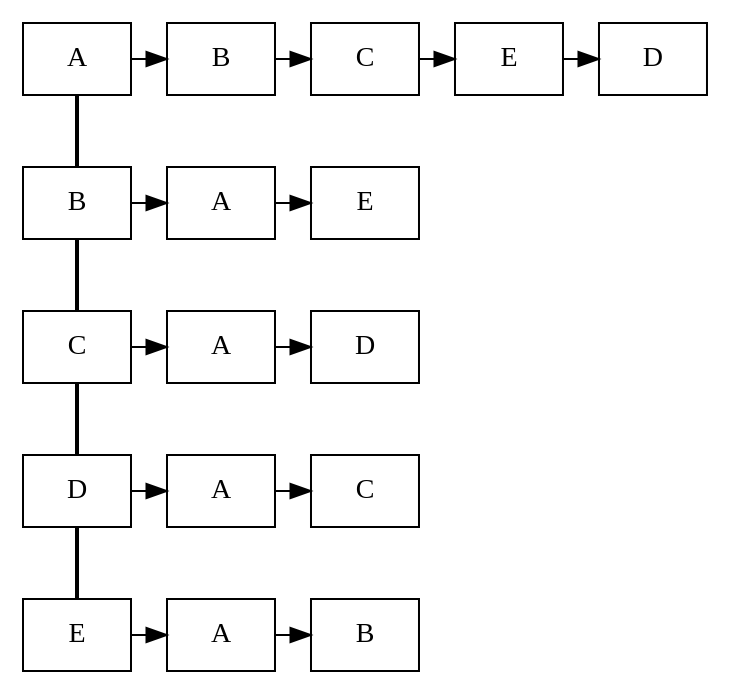
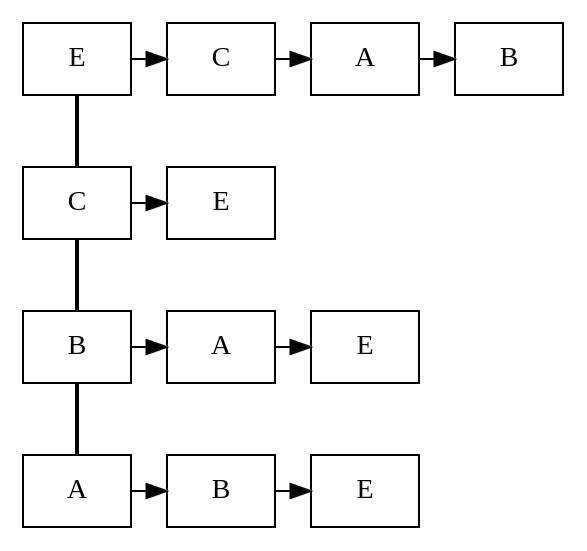
The diagram in report/Grafo.dot (oscarc99/EDD_DIC_2019_PY2_201709140-), drawn with Graphviz before and after one commit. The commit also changed 14 other files, not shown here.

```diff
--- a/report/Grafo.dot
+++ b/report/Grafo.dot
@@ -1,42 +1,39 @@
  digraph G{ 
  node [shape=rectangle]; 
 node0 [label=" A" ];
 node0B [label="B" ];
-node0C [label="C" ];
+node0B [label="B" ];
 node0E [label="E" ];
-node0D [label="D" ];
 node1 [label=" B" ];
+node1A [label="A" ];
 node1A [label="A" ];
 node1E [label="E" ];
 node2 [label=" C" ];
-node2A [label="A" ];
-node2D [label="D" ];
-node3 [label=" D" ];
-node3A [label="A" ];
-node3C [label="C" ];
+node2E [label="E" ];
 node4 [label=" E" ];
+node4C [label="C" ];
+node4C [label="C" ];
 node4A [label="A" ];
 node4B [label="B" ];
 node0-> node0B 
-node0B -> node0C
-node0C -> node0E
-node0E -> node0D
-node0-> node1 [penwidth=2, arrowhead=none];
+node0B -> node0E
+node1-> node0 [penwidth=2, arrowhead=none];
 node1-> node1A 
 node1A -> node1E
-node1-> node2 [penwidth=2, arrowhead=none];
-node2-> node2A 
-node2A -> node2D
-node2-> node3 [penwidth=2, arrowhead=none];
-node3-> node3A 
-node3A -> node3C
-node3-> node4 [penwidth=2, arrowhead=none];
-node4-> node4A 
+node2-> node1 [penwidth=2, arrowhead=none];
+node2-> node2E 
+node4-> node2 [penwidth=2, arrowhead=none];
+node4-> node4C 
+node4C -> node4A
 node4A -> node4B
-{rank= same;  node0; node0B;node0C;node0E;node0D; } 
+{rank= same;  node0; node0B;} 
+{rank= same;  node0; node0B;node0E; } 
+{rank= same;  node1; node1A;} 
 {rank= same;  node1; node1A;node1E; } 
-{rank= same;  node2; node2A;node2D; } 
-{rank= same;  node3; node3A;node3C; } 
-{rank= same;  node4; node4A;node4B; } 
+{rank= same;  node2; node2E;} 
+{rank= same;  } 
+{rank= same;  } 
+{rank= same;  node4; node4C;} 
+{rank= same;  node4; node4C;node4; node4A;node4B; } 
 
 }
```
